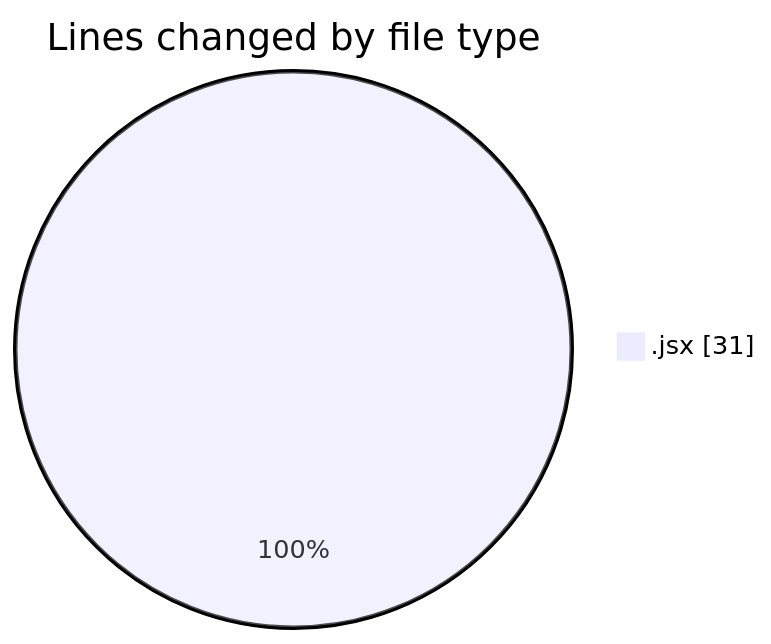
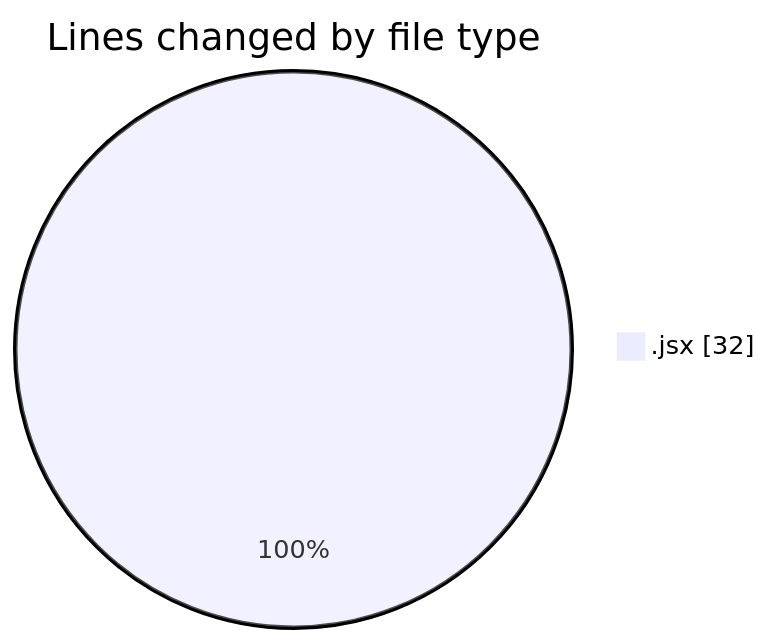
The first of 2 diagrams in 2025-07-10/argos/README.md (nxtqubesakshisongat/code-tracking), drawn with Mermaid before and after one commit. The commit also changed other lines of this file and 1 other file, not shown here.

````diff
--- a/2025-07-10/argos/README.md
+++ b/2025-07-10/argos/README.md
@@ -20,5 +20,5 @@
 ```mermaid
 pie showData
 title Lines changed by file type
-".jsx" : 31
+".jsx" : 32
 ```
````
